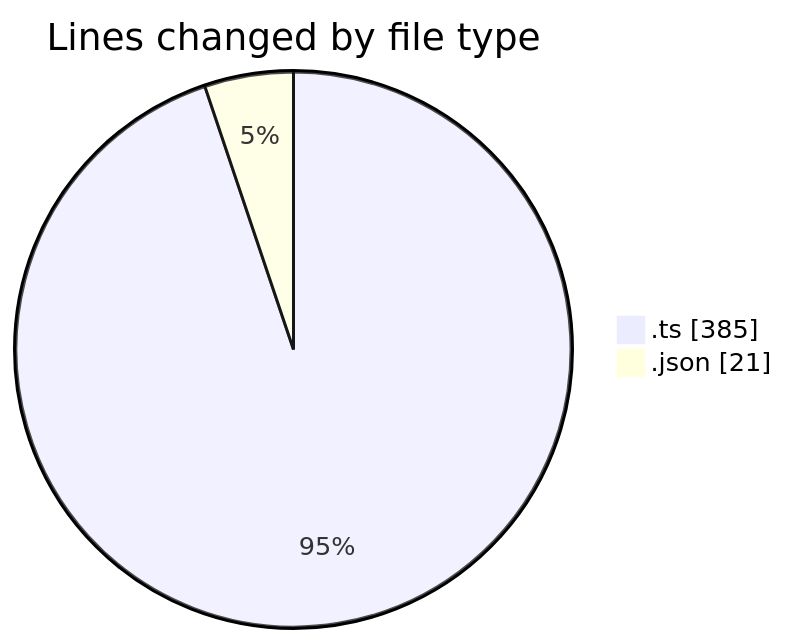
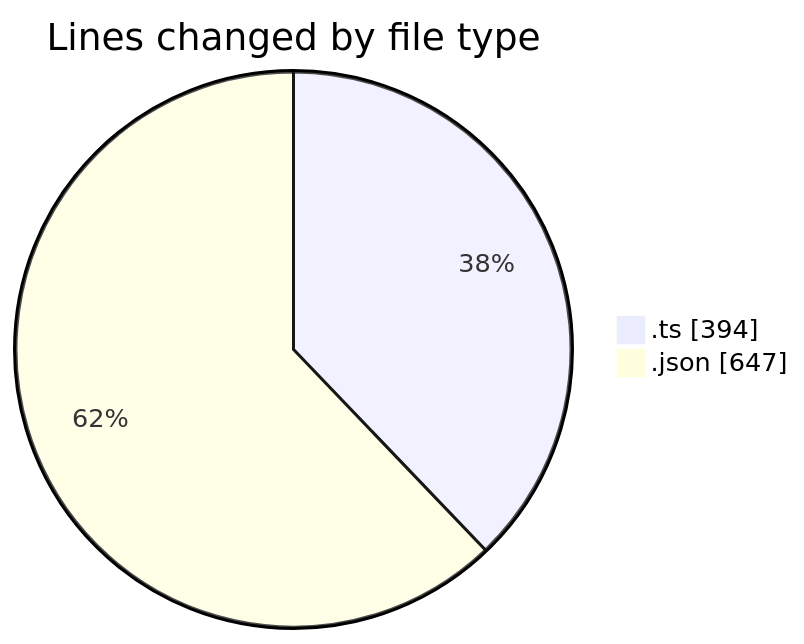
The first of 2 diagrams in 2025-08-26/mcp-web/README.md (EIIisD/code-tracking), drawn with Mermaid before and after one commit. The commit also changed other lines of this file and 1 other file, not shown here.

````diff
--- a/2025-08-26/mcp-web/README.md
+++ b/2025-08-26/mcp-web/README.md
@@ -21,6 +23,6 @@
 ```mermaid
 pie showData
 title Lines changed by file type
-".ts" : 385
-".json" : 21
+".ts" : 394
+".json" : 647
 ```
````
